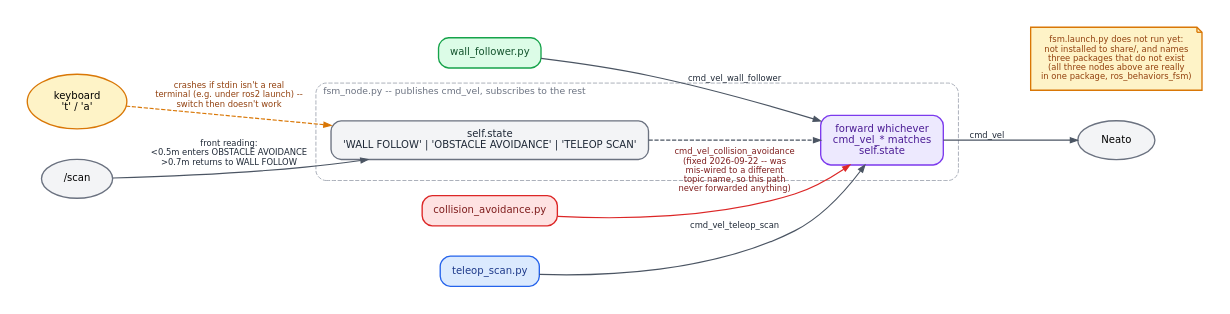
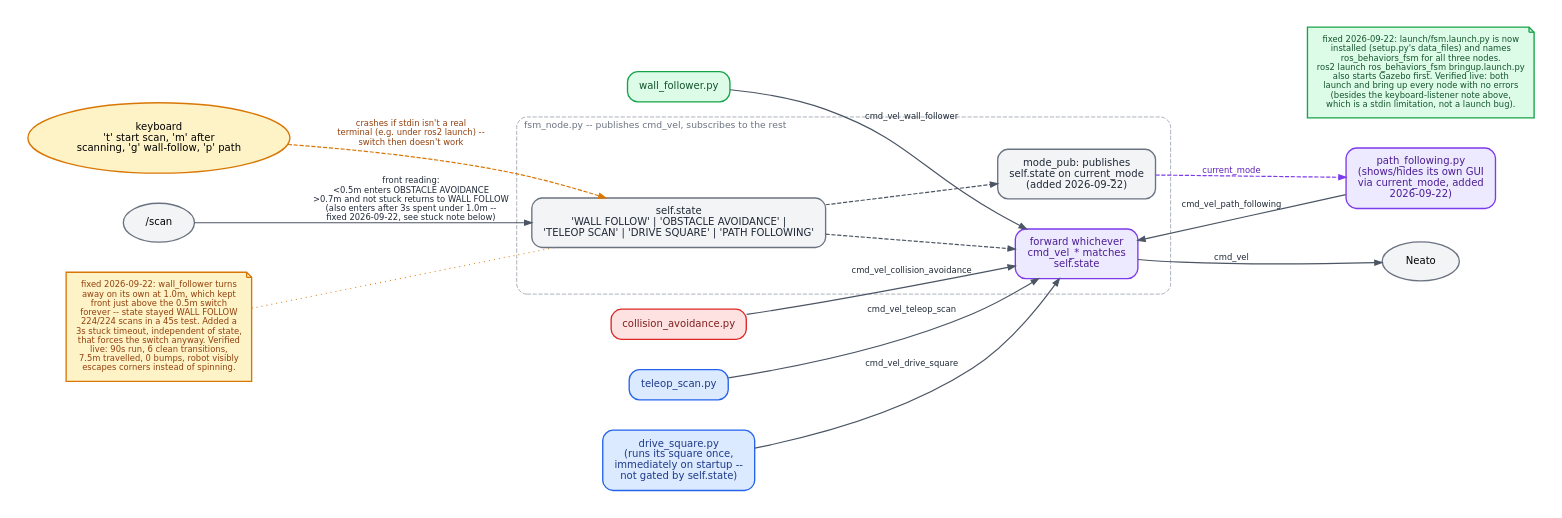
One commit to aditilagisetty/CompRobo-FSM-Project changed the diagram in docs/fsm_node.dot. Above: the diagram before and after it, drawn with Graphviz. The commit also changed 4 other files, not shown here.

Commit message:
fix launch/fsm.launch.py installation, add bringup.launch.py for one-command startup

```diff
--- a/docs/fsm_node.dot
+++ b/docs/fsm_node.dot
@@ -1,40 +1,51 @@
 // Gateway architecture of fsm_node.py (the second, in-progress FSM).
 // Render: dot -Tpng -Gdpi=200 fsm_node.dot -o figures/fsm_node.png
 digraph FSMNode {
     graph [rankdir=LR, fontname="DejaVu Sans", bgcolor="white", pad=0.35,
            nodesep=0.5, ranksep=0.85, splines=spline];
     node  [fontname="DejaVu Sans", fontsize=12, shape=box, style="rounded,filled",
            penwidth=1.6, margin="0.2,0.14"];
     edge  [fontname="DejaVu Sans", fontsize=10, color="#4B5563", fontcolor="#1F2937",
            penwidth=1.4, arrowsize=0.85];
 
     wf    [label="wall_follower.py",       fillcolor="#DCFCE7", color="#16A34A", fontcolor="#14532D"];
     ca    [label="collision_avoidance.py", fillcolor="#FEE2E2", color="#DC2626", fontcolor="#7F1D1D"];
     ts    [label="teleop_scan.py",         fillcolor="#DBEAFE", color="#2563EB", fontcolor="#1E3A8A"];
-    kb    [label="keyboard\n't' / 'a'", shape=oval, fillcolor="#FEF3C7", color="#D97706"];
+    ds    [label="drive_square.py\n(runs its square once,\nimmediately on startup --\nnot gated by self.state)",
+           fillcolor="#DBEAFE", color="#2563EB", fontcolor="#1E3A8A"];
+    pf    [label="path_following.py\n(shows/hides its own GUI\nvia current_mode, added\n2026-09-22)", fillcolor="#EDE9FE", color="#7C3AED", fontcolor="#4C1D95"];
+    kb    [label="keyboard\n't' start scan, 'm' after\nscanning, 'g' wall-follow, 'p' path", shape=oval, fillcolor="#FEF3C7", color="#D97706"];
 
     subgraph cluster_gw {
         label="fsm_node.py -- publishes cmd_vel, subscribes to the rest"; labeljust=l;
         fontsize=11; fontcolor="#6B7280"; style="rounded,dashed"; color="#9CA3AF"; margin=18;
-        state [label="self.state\n'WALL FOLLOW' | 'OBSTACLE AVOIDANCE' | 'TELEOP SCAN'",
+        state [label="self.state\n'WALL FOLLOW' | 'OBSTACLE AVOIDANCE' |\n'TELEOP SCAN' | 'DRIVE SQUARE' | 'PATH FOLLOWING'",
                shape=box, style="rounded,filled", fillcolor="#F3F4F6", color="#6B7280", fontcolor="#1F2937"];
+        mode_pub [label="mode_pub: publishes\nself.state on current_mode\n(added 2026-09-22)", fillcolor="#F3F4F6", color="#6B7280", fontcolor="#1F2937"];
         mux   [label="forward whichever\ncmd_vel_* matches\nself.state", fillcolor="#EDE9FE", color="#7C3AED", fontcolor="#4C1D95"];
     }
 
     robot [label="Neato", shape=oval, fillcolor="#F3F4F6", color="#6B7280"];
     scan  [label="/scan", shape=oval, fillcolor="#F3F4F6", color="#6B7280"];
 
     wf -> mux [label="cmd_vel_wall_follower"];
-    ca -> mux [label="cmd_vel_collision_avoidance\n(fixed 2026-09-22 -- was\nmis-wired to a different\ntopic name, so this path\nnever forwarded anything)", color="#DC2626", fontcolor="#7F1D1D"];
+    ca -> mux [label="cmd_vel_collision_avoidance"];
     ts -> mux [label="cmd_vel_teleop_scan"];
+    ds -> mux [label="cmd_vel_drive_square"];
+    pf -> mux [label="cmd_vel_path_following"];
     mux -> robot [label="cmd_vel"];
+    state -> mode_pub [style=dashed];
+    mode_pub -> pf [label="current_mode", style=dashed, color="#7C3AED", fontcolor="#5B21B6"];
 
-    scan -> state [label="front reading:\n<0.5m enters OBSTACLE AVOIDANCE\n>0.7m returns to WALL FOLLOW"];
+    scan -> state [label="front reading:\n<0.5m enters OBSTACLE AVOIDANCE\n>0.7m and not stuck returns to WALL FOLLOW\n(also enters after 3s spent under 1.0m --\nfixed 2026-09-22, see stuck note below)"];
     kb -> state [style=dashed, color="#D97706", fontcolor="#92400E",
                  label="crashes if stdin isn't a real\nterminal (e.g. under ros2 launch) --\nswitch then doesn't work"];
+    stuck [shape=note, style=filled, fillcolor="#FEF3C7", color="#D97706", fontcolor="#92400E", fontsize=10,
+           label="fixed 2026-09-22: wall_follower turns\naway on its own at 1.0m, which kept\nfront just above the 0.5m switch\nforever -- state stayed WALL FOLLOW\n224/224 scans in a 45s test. Added a\n3s stuck timeout, independent of state,\nthat forces the switch anyway. Verified\nlive: 90s run, 6 clean transitions,\n7.5m travelled, 0 bumps, robot visibly\nescapes corners instead of spinning."];
+    stuck -> state [style=dotted, color="#D97706", arrowhead=none];
     state -> mux [style=dashed];
 
-    note [shape=note, style=filled, fillcolor="#FEF3C7", color="#D97706", fontcolor="#92400E", fontsize=10,
-          label="fsm.launch.py does not run yet:\nnot installed to share/, and names\nthree packages that do not exist\n(all three nodes above are really\nin one package, ros_behaviors_fsm)"];
+    note [shape=note, style=filled, fillcolor="#DCFCE7", color="#16A34A", fontcolor="#14532D", fontsize=10,
+          label="fixed 2026-09-22: launch/fsm.launch.py is now\ninstalled (setup.py's data_files) and names\nros_behaviors_fsm for all three nodes.\nros2 launch ros_behaviors_fsm bringup.launch.py\nalso starts Gazebo first. Verified live: both\nlaunch and bring up every node with no errors\n(besides the keyboard-listener note above,\nwhich is a stdin limitation, not a launch bug)."];
     { rank=same; note; robot; }
 }
```
